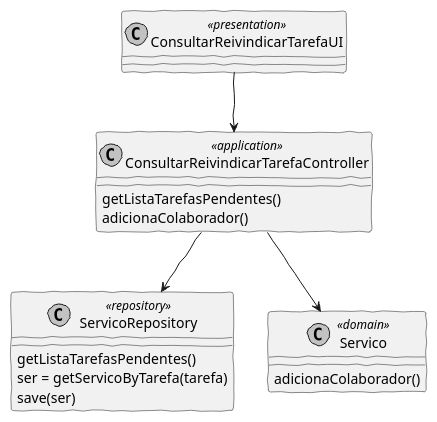
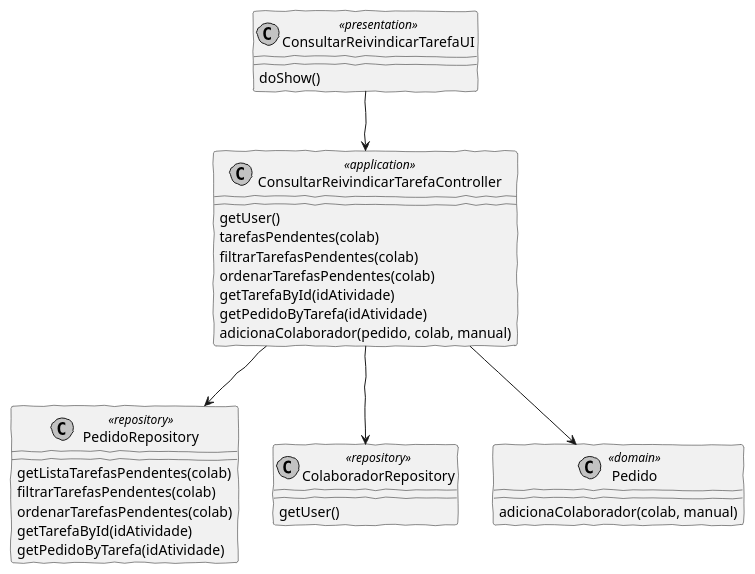
One commit to pedrolemos4/LAPR4 changed the diagram in docs/Sprint C/1190429/US3022/CD3022.puml. Above: the diagram before and after it, drawn with PlantUML. The commit also changed 3 other files, not shown here.

```diff
--- a/docs/Sprint C/1190429/US3022/CD3022.puml
+++ b/docs/Sprint C/1190429/US3022/CD3022.puml
@@ -1,25 +1,40 @@
 @startuml
 'http://plantuml.com/skinparam.html
 skinparam handwritten true
 skinparam monochrome true
 skinparam packageStyle rect
 skinparam defaultFontName FG Virgil
 skinparam shadowing false
 
 class ConsultarReivindicarTarefaUI <<presentation>>
 class ConsultarReivindicarTarefaController <<application>>
-class "ServicoRepository" as ServicoRepository <<repository>>
-class "Servico" as Servico <<domain>>
+class PedidoRepository <<repository>>
+class ColaboradorRepository <<repository>>
+class Pedido <<domain>>
 
 ConsultarReivindicarTarefaUI --> ConsultarReivindicarTarefaController
-ConsultarReivindicarTarefaController --> ServicoRepository
-ConsultarReivindicarTarefaController --> Servico
+ConsultarReivindicarTarefaUI : doShow()
 
-ConsultarReivindicarTarefaController : getListaTarefasPendentes()
-ConsultarReivindicarTarefaController : adicionaColaborador()
-ServicoRepository : getListaTarefasPendentes()
-ServicoRepository : ser = getServicoByTarefa(tarefa)
-ServicoRepository : save(ser)
-Servico : adicionaColaborador()
+ConsultarReivindicarTarefaController : getUser()
+ConsultarReivindicarTarefaController : tarefasPendentes(colab)
+ConsultarReivindicarTarefaController : filtrarTarefasPendentes(colab)
+ConsultarReivindicarTarefaController : ordenarTarefasPendentes(colab)
+ConsultarReivindicarTarefaController : getTarefaById(idAtividade)
+ConsultarReivindicarTarefaController : getPedidoByTarefa(idAtividade)
+ConsultarReivindicarTarefaController : adicionaColaborador(pedido, colab, manual)
+
+Pedido : adicionaColaborador(colab, manual)
+
+ConsultarReivindicarTarefaController --> PedidoRepository
+ConsultarReivindicarTarefaController --> ColaboradorRepository
+ConsultarReivindicarTarefaController --> Pedido
+
+ColaboradorRepository : getUser()
+
+PedidoRepository : getListaTarefasPendentes(colab)
+PedidoRepository : filtrarTarefasPendentes(colab)
+PedidoRepository : ordenarTarefasPendentes(colab)
+PedidoRepository : getTarefaById(idAtividade)
+PedidoRepository : getPedidoByTarefa(idAtividade)
 
 @enduml
```
